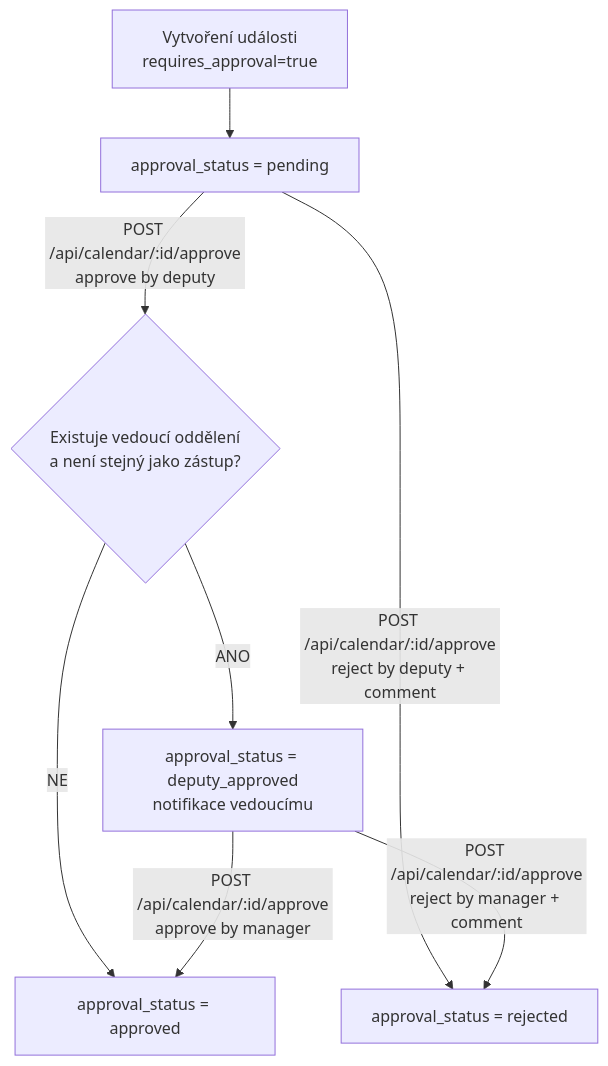
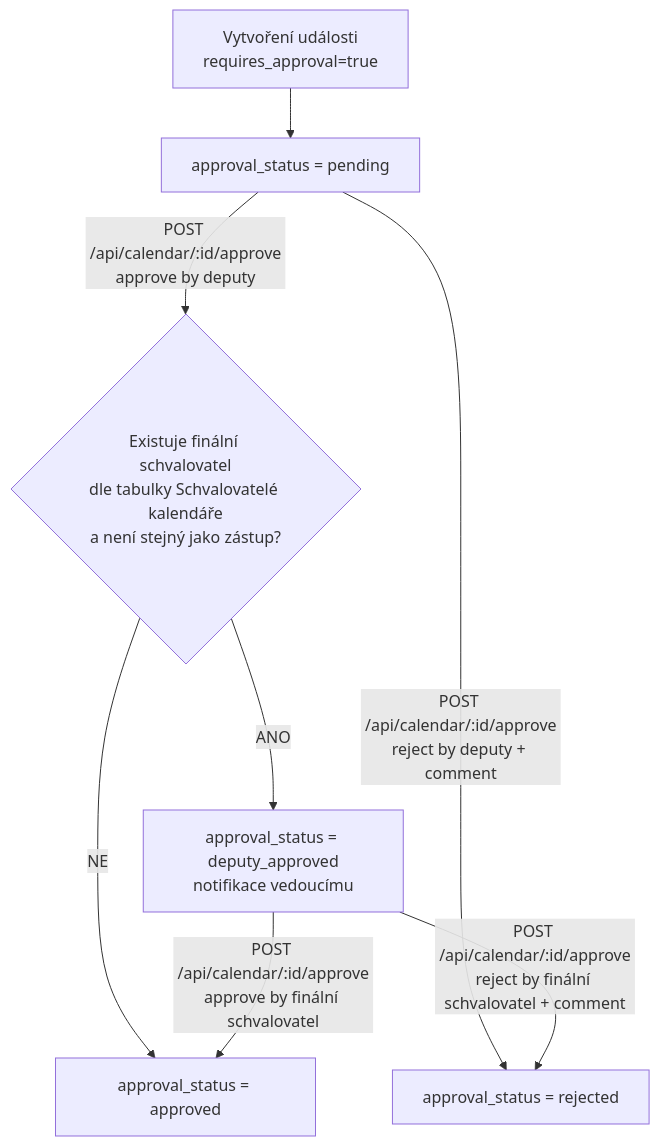
One commit to itintegraf-IT/appintegraf changed the diagram in docs/MODUL_KALENDAR.md. Above: the diagram before and after it, drawn with Mermaid. The commit also changed other lines of this file and 8 other files, not shown here.

````diff
--- a/docs/MODUL_KALENDAR.md
+++ b/docs/MODUL_KALENDAR.md
@@ -283,12 +283,12 @@
 ```mermaid
 flowchart TD
   A[Vytvoření události<br/>requires_approval=true] --> B[approval_status = pending]
-  B -->|POST /api/calendar/:id/approve<br/>approve by deputy| C{Existuje vedoucí oddělení<br/>a není stejný jako zástup?}
+  B -->|POST /api/calendar/:id/approve<br/>approve by deputy| C{Existuje finální schvalovatel<br/>dle tabulky Schvalovatelé kalendáře<br/>a není stejný jako zástup?}
   B -->|POST /api/calendar/:id/approve<br/>reject by deputy + comment| R[approval_status = rejected]
 
   C -->|ANO| D[approval_status = deputy_approved<br/>notifikace vedoucímu]
   C -->|NE| E[approval_status = approved]
 
-  D -->|POST /api/calendar/:id/approve<br/>approve by manager| E
-  D -->|POST /api/calendar/:id/approve<br/>reject by manager + comment| R
+  D -->|POST /api/calendar/:id/approve<br/>approve by finální schvalovatel| E
+  D -->|POST /api/calendar/:id/approve<br/>reject by finální schvalovatel + comment| R
 ```
````
